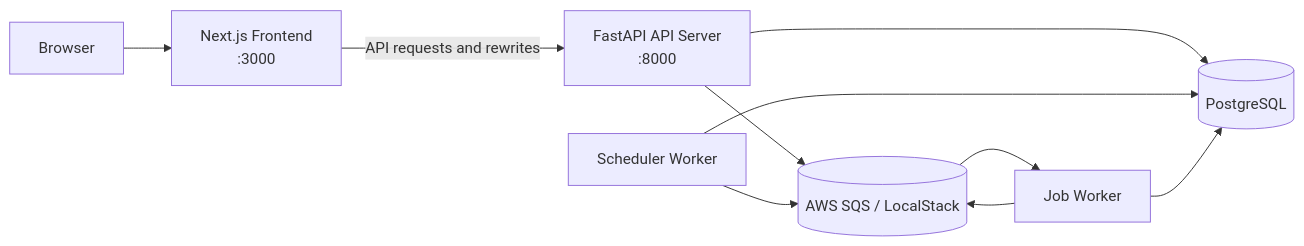
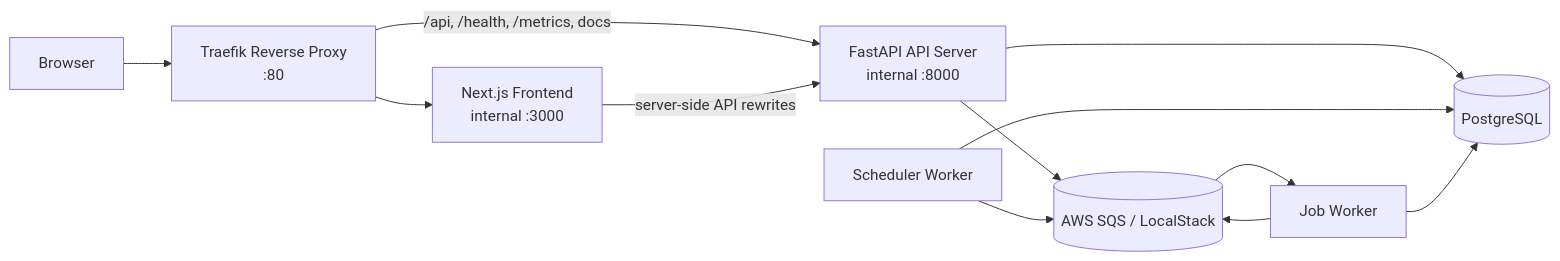
The diagram in README.md (WilliamLiao2015/dass-cloud-native), drawn with Mermaid before and after one commit. The commit also changed other lines of this file and 13 other files, not shown here.

First line of the commit message:
feat(infra): add traefik reverse proxy and load balancer (#43)

````diff
--- a/README.md
+++ b/README.md
@@ -38,19 +39,22 @@
 ```mermaid
 flowchart LR
   Browser[Browser]
-  Frontend[Next.js Frontend\n:3000]
-  API[FastAPI API Server\n:8000]
+  Traefik[Traefik Reverse Proxy\n:80]
+  Frontend[Next.js Frontend\ninternal :3000]
+  API[FastAPI API Server\ninternal :8000]
   Scheduler[Scheduler Worker]
   Worker[Job Worker]
   DB[(PostgreSQL)]
   Queue[(AWS SQS / LocalStack)]
-  Browser --> Frontend
-  Frontend -->|API requests and rewrites| API
+  Browser --> Traefik
+  Traefik --> Frontend
+  Traefik -->|/api, /health, /metrics, docs| API
+  Frontend -->|server-side API rewrites| API
   API --> DB
   API --> Queue
   Scheduler --> DB
   Scheduler --> Queue
   Worker --> DB
   Worker --> Queue
   Queue --> Worker
 ```
````
